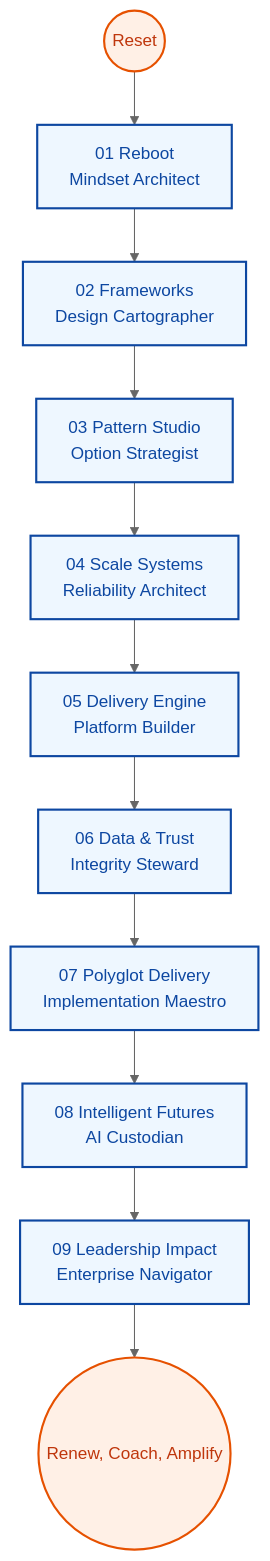
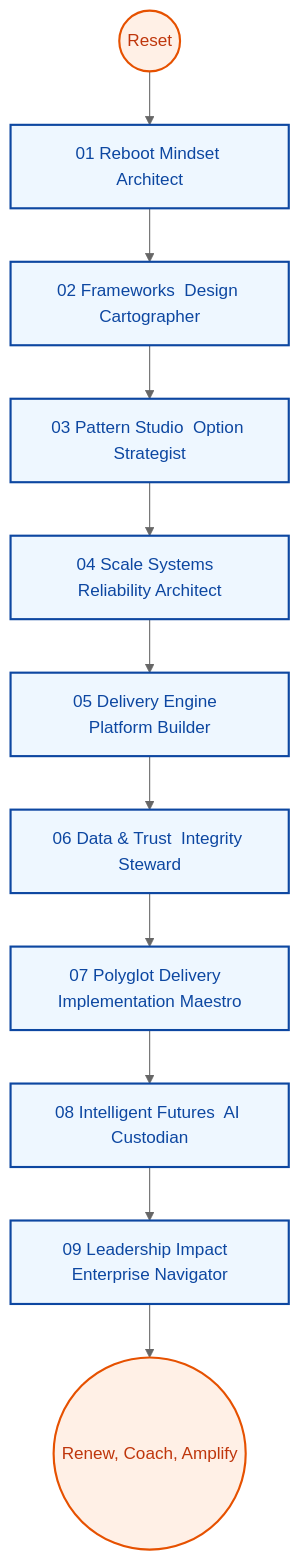
Before and after one commit to Swamy-s-Tech-Skills-Academy/swamy-tech-skills-academy-main: the diagram in 01_LeadArchitect-Learning/ReadMe.md, drawn with Mermaid (neutral theme). The commit also changed other lines of this file, not shown here.

Commit message:
Refactor ReadMe.md to improve phase navigation: streamline phase titles and enhance clarity in flowchart representation.

````diff
--- a/01_LeadArchitect-Learning/ReadMe.md
+++ b/01_LeadArchitect-Learning/ReadMe.md
@@ -28,9 +28,9 @@
 ```mermaid
 flowchart TB
     classDef phase fill:#eef7ff,stroke:#0d47a1,stroke-width:2px,color:#0d47a1
     classDef support fill:#fff0e6,stroke:#e65100,stroke-width:2px,color:#bf360c
 
-    S((Reset)):::support --> P1[01 Reboot  \nMindset Architect]:::phase --> P2[02 Frameworks  \nDesign Cartographer]:::phase --> P3[03 Pattern Studio  \nOption Strategist]:::phase
-    P3 --> P4[04 Scale Systems  \nReliability Architect]:::phase --> P5[05 Delivery Engine  \nPlatform Builder]:::phase --> P6[06 Data & Trust  \nIntegrity Steward]:::phase
-    P6 --> P7[07 Polyglot Delivery  \nImplementation Maestro]:::phase --> P8[08 Intelligent Futures  \nAI Custodian]:::phase --> P9[09 Leadership Impact  \nEnterprise Navigator]:::phase --> C((Renew, Coach, Amplify)):::support
+    S((Reset)):::support --> P1[01 Reboot Mindset Architect]:::phase --> P2[02 Frameworks  Design Cartographer]:::phase --> P3[03 Pattern Studio  Option Strategist]:::phase
+    P3 --> P4[04 Scale Systems  Reliability Architect]:::phase --> P5[05 Delivery Engine  Platform Builder]:::phase --> P6[06 Data & Trust  Integrity Steward]:::phase
+    P6 --> P7[07 Polyglot Delivery  Implementation Maestro]:::phase --> P8[08 Intelligent Futures  AI Custodian]:::phase --> P9[09 Leadership Impact  Enterprise Navigator]:::phase --> C((Renew, Coach, Amplify)):::support
 ```
````
